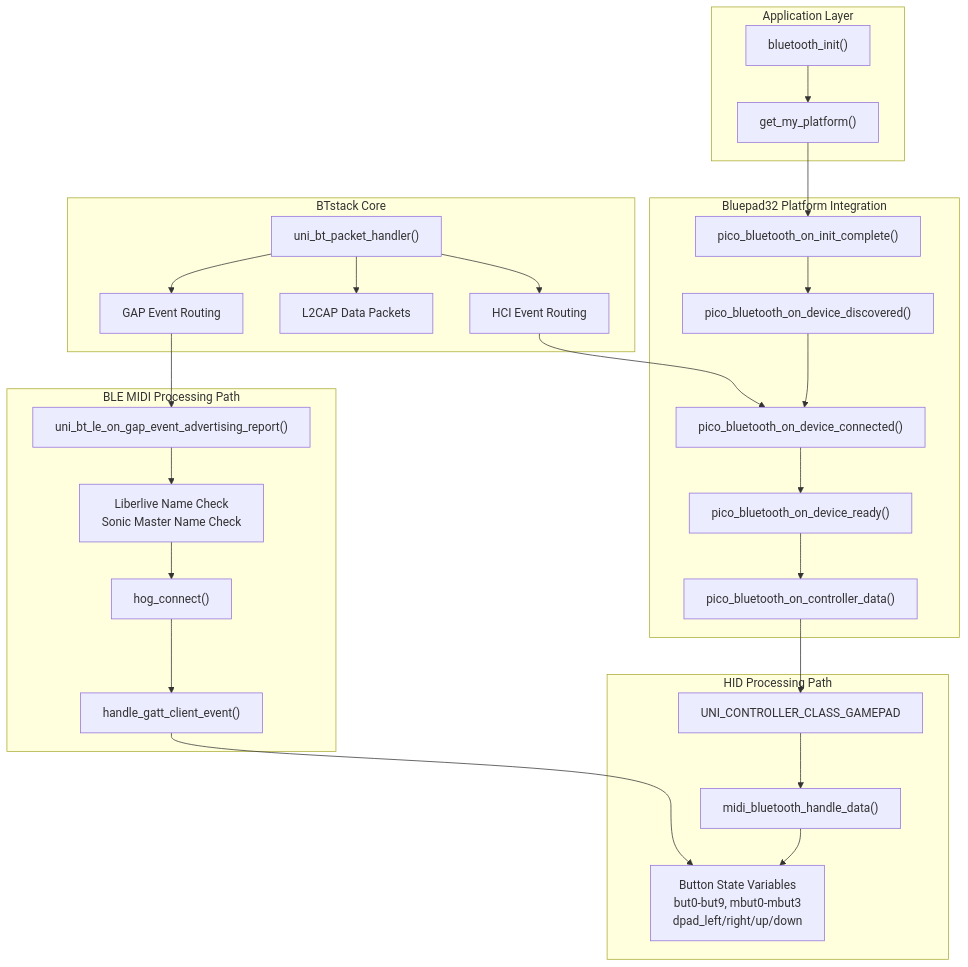
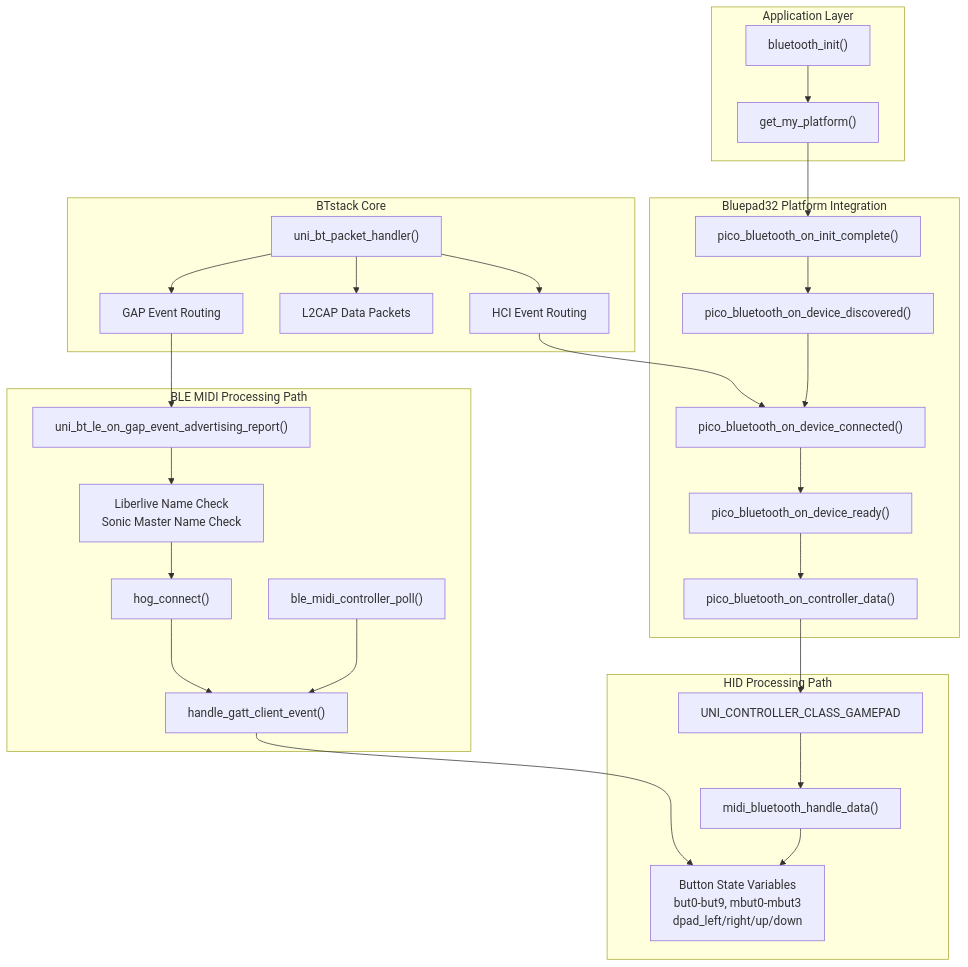
Before and after one commit to Jus-Be/orinayo-pico: the first of 6 diagrams in wiki/4-bluetooth-input-system.md, drawn with Mermaid. The commit also changed other lines of this file and 42 other files, not shown here.

````diff
--- a/wiki/4-bluetooth-input-system.md
+++ b/wiki/4-bluetooth-input-system.md
@@ -22,74 +27,77 @@
 ```mermaid
 flowchart TD
 
 BT_INIT["bluetooth_init()"]
 PLATFORM["get_my_platform()"]
 ON_INIT["pico_bluetooth_on_init_complete()"]
 ON_DISC["pico_bluetooth_on_device_discovered()"]
 ON_CONN["pico_bluetooth_on_device_connected()"]
 ON_DATA["pico_bluetooth_on_controller_data()"]
 ON_READY["pico_bluetooth_on_device_ready()"]
 GAMEPAD["UNI_CONTROLLER_CLASS_GAMEPAD"]
 HANDLE_DATA["midi_bluetooth_handle_data()"]
 BUTTON_MAP["Button State Variables<br>but0-but9, mbut0-mbut3<br>dpad_left/right/up/down"]
 BLE_ADV["uni_bt_le_on_gap_event_advertising_report()"]
 GATT_EVENT["handle_gatt_client_event()"]
 LL_CHECK["Liberlive Name Check<br>Sonic Master Name Check"]
 HOG_CONNECT["hog_connect()"]
+BLE_MIDI_CONTROLLER["ble_midi_controller_poll()"]
 PACKET_HANDLER["uni_bt_packet_handler()"]
 HCI_EVENTS["HCI Event Routing"]
 L2CAP["L2CAP Data Packets"]
 GAP_EVENTS["GAP Event Routing"]
 
 PLATFORM --> ON_INIT
 ON_DATA --> GAMEPAD
 GATT_EVENT --> BUTTON_MAP
 GAP_EVENTS --> BLE_ADV
 HCI_EVENTS --> ON_CONN
 
 subgraph subGraph4 ["BTstack Core"]
     PACKET_HANDLER
     HCI_EVENTS
     L2CAP
     GAP_EVENTS
     PACKET_HANDLER --> HCI_EVENTS
     PACKET_HANDLER --> L2CAP
     PACKET_HANDLER --> GAP_EVENTS
 end
 
 subgraph subGraph3 ["BLE MIDI Processing Path"]
     BLE_ADV
     GATT_EVENT
     LL_CHECK
     HOG_CONNECT
+    BLE_MIDI_CONTROLLER
     BLE_ADV --> LL_CHECK
     LL_CHECK --> HOG_CONNECT
     HOG_CONNECT --> GATT_EVENT
+    BLE_MIDI_CONTROLLER --> GATT_EVENT
 end
 
 subgraph subGraph2 ["HID Processing Path"]
     GAMEPAD
     HANDLE_DATA
     BUTTON_MAP
     GAMEPAD --> HANDLE_DATA
     HANDLE_DATA --> BUTTON_MAP
 end
 
 subgraph subGraph1 ["Bluepad32 Platform Integration"]
     ON_INIT
     ON_DISC
     ON_CONN
     ON_DATA
     ON_READY
     ON_INIT --> ON_DISC
     ON_DISC --> ON_CONN
     ON_CONN --> ON_READY
     ON_READY --> ON_DATA
 end
 
 subgraph subGraph0 ["Application Layer"]
     BT_INIT
     PLATFORM
     BT_INIT --> PLATFORM
 end
 ```
````
